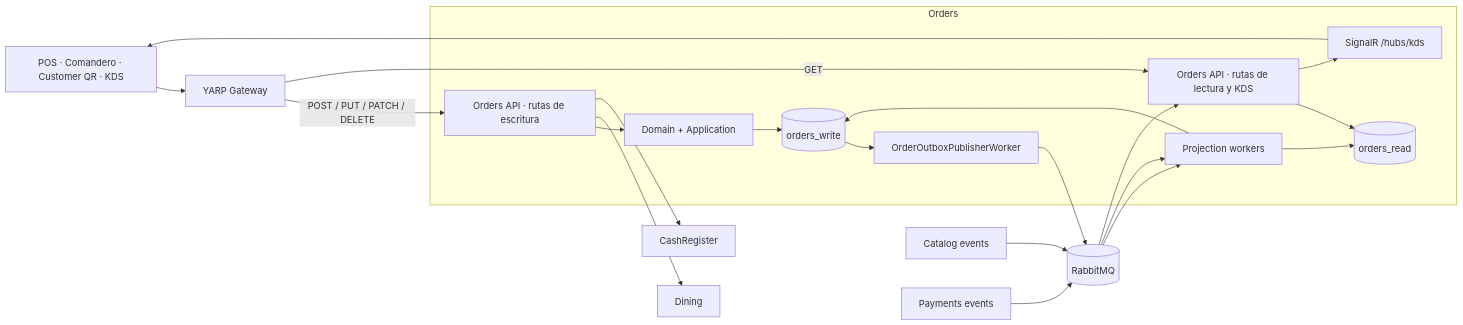
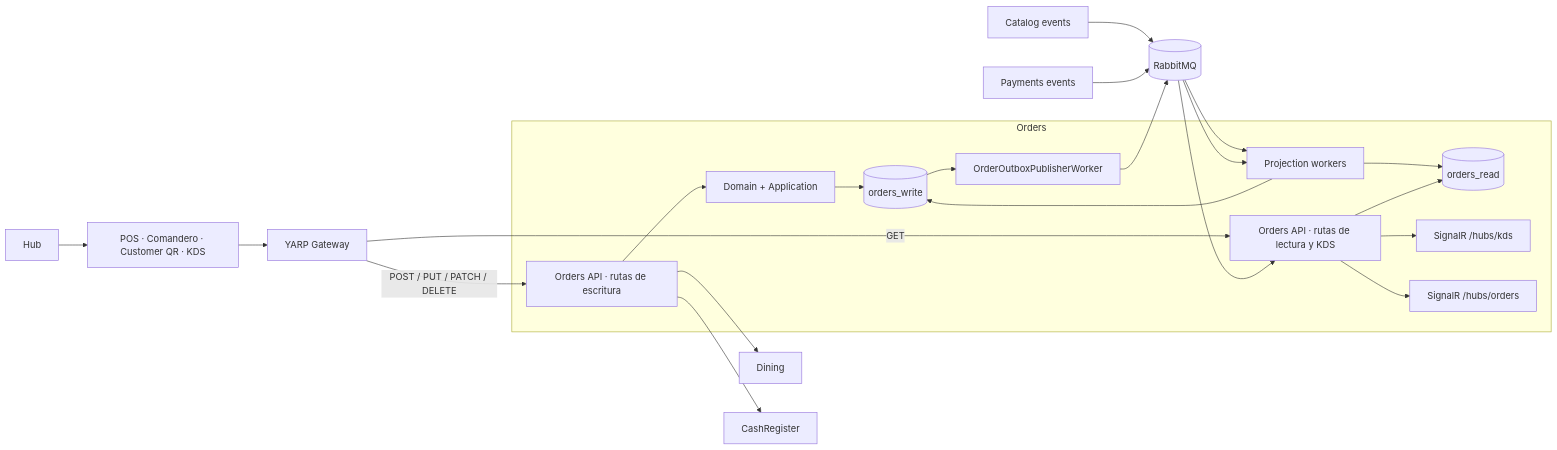
The first of 7 diagrams in docs/Orders.README.md (sergioocode/Restaurantes), drawn with Mermaid before and after one commit. The commit also changed other lines of this file and 57 other files, not shown here.

````diff
--- a/docs/Orders.README.md
+++ b/docs/Orders.README.md
@@ -53,46 +53,48 @@
 ```mermaid
 flowchart LR
     Clients["POS · Comandero · Customer QR · KDS"]
     Gateway["YARP Gateway"]
 
     subgraph Orders["Orders"]
         WriteApi["Orders API · rutas de escritura"]
         Domain["Domain + Application"]
         WriteDb[("orders_write")]
         Publisher["OrderOutboxPublisherWorker"]
         Consumer["Projection workers"]
         ReadDb[("orders_read")]
         ReadApi["Orders API · rutas de lectura y KDS"]
-        Hub["SignalR /hubs/kds"]
+        KdsHub["SignalR /hubs/kds"]
+        OrdersHub["SignalR /hubs/orders"]
     end
 
     Dining["Dining"]
     Cash["CashRegister"]
     Catalog["Catalog events"]
     Payments["Payments events"]
     Rabbit[("RabbitMQ")]
 
     Clients --> Gateway
     Gateway -->|POST / PUT / PATCH / DELETE| WriteApi
     Gateway -->|GET| ReadApi
 
     WriteApi --> Domain
     Domain --> WriteDb
     WriteApi --> Dining
     WriteApi --> Cash
 
     Catalog --> Rabbit
     Payments --> Rabbit
     Rabbit --> Consumer
     Consumer --> WriteDb
 
     WriteDb --> Publisher
     Publisher --> Rabbit
     Rabbit --> Consumer
     Consumer --> ReadDb
 
     ReadApi --> ReadDb
     Rabbit --> ReadApi
-    ReadApi --> Hub
+    ReadApi --> KdsHub
+    ReadApi --> OrdersHub
     Hub --> Clients
 ```
````
